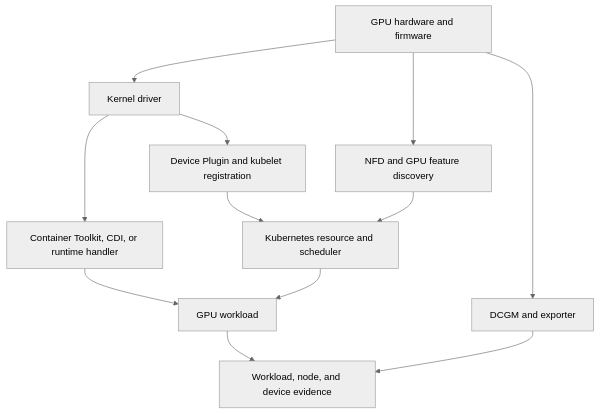
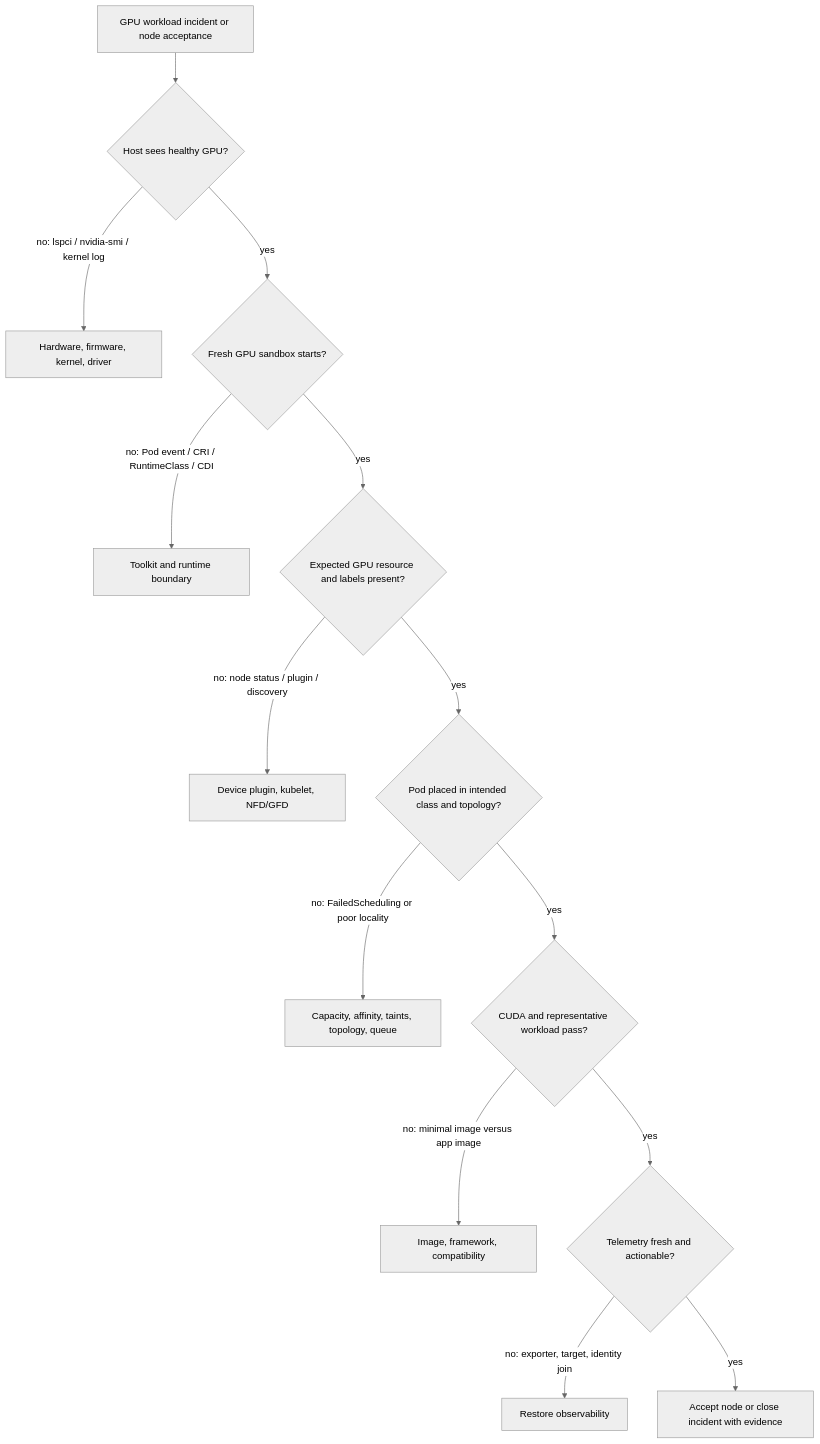
Before and after one commit to jithinpnjm/nvidia-devops: the diagram in docs/nvidia-zero-to-hero/volume-10/chapter-12-volume-10-summary.md, drawn with Mermaid (neutral theme). The commit also changed other lines of this file, not shown here.

Commit message:
docs(volume-10): deepen summary with evidence matrix

````diff
--- a/docs/nvidia-zero-to-hero/volume-10/chapter-12-volume-10-summary.md
+++ b/docs/nvidia-zero-to-hero/volume-10/chapter-12-volume-10-summary.md
@@ -16,14 +16,16 @@
 ```mermaid
 flowchart TD
-    Hardware[GPU hardware and firmware] --> Driver[Kernel driver]
-    Driver --> Runtime[Container Toolkit, CDI, or runtime handler]
-    Driver --> Plugin[Device Plugin and kubelet registration]
-    Hardware --> Discovery[NFD and GPU feature discovery]
-    Runtime --> Workload[GPU workload]
-    Plugin --> Scheduler[Kubernetes resource and scheduler]
-    Discovery --> Scheduler
-    Scheduler --> Workload[GPU workload]
-    Hardware --> DCGM[DCGM and exporter]
-    Workload --> Evidence[Workload, node, and device evidence]
-    DCGM --> Evidence
+    Start[GPU workload incident or node acceptance] --> Host{Host sees healthy GPU?}
+    Host -->|"no: lspci / nvidia-smi / kernel log"| HostFix[Hardware, firmware, kernel, driver]
+    Host -->|yes| Runtime{Fresh GPU sandbox starts?}
+    Runtime -->|"no: Pod event / CRI / RuntimeClass / CDI"| RuntimeFix[Toolkit and runtime boundary]
+    Runtime -->|yes| Resource{Expected GPU resource and labels present?}
+    Resource -->|"no: node status / plugin / discovery"| ResourceFix[Device plugin, kubelet, NFD/GFD]
+    Resource -->|yes| Placement{Pod placed in intended class and topology?}
+    Placement -->|"no: FailedScheduling or poor locality"| PlacementFix[Capacity, affinity, taints, topology, queue]
+    Placement -->|yes| Workload{CUDA and representative workload pass?}
+    Workload -->|"no: minimal image versus app image"| WorkloadFix[Image, framework, compatibility]
+    Workload -->|yes| Observe{Telemetry fresh and actionable?}
+    Observe -->|"no: exporter, target, identity join"| ObserveFix[Restore observability]
+    Observe -->|yes| Accept[Accept node or close incident with evidence]
 ```
````
